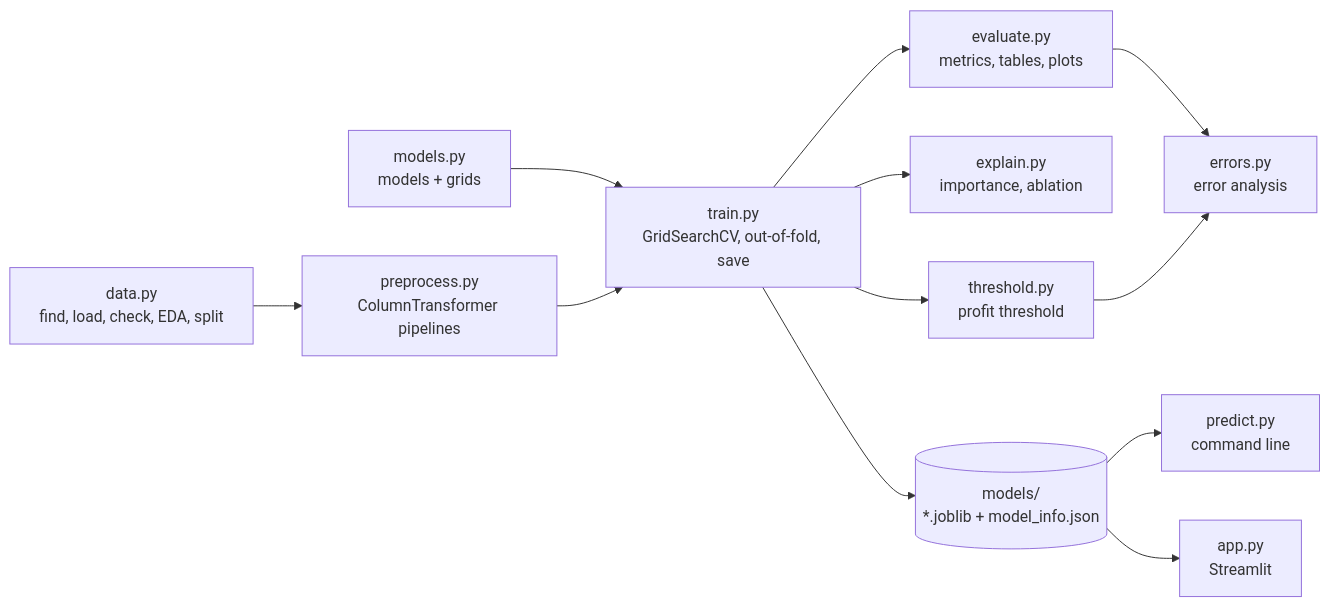
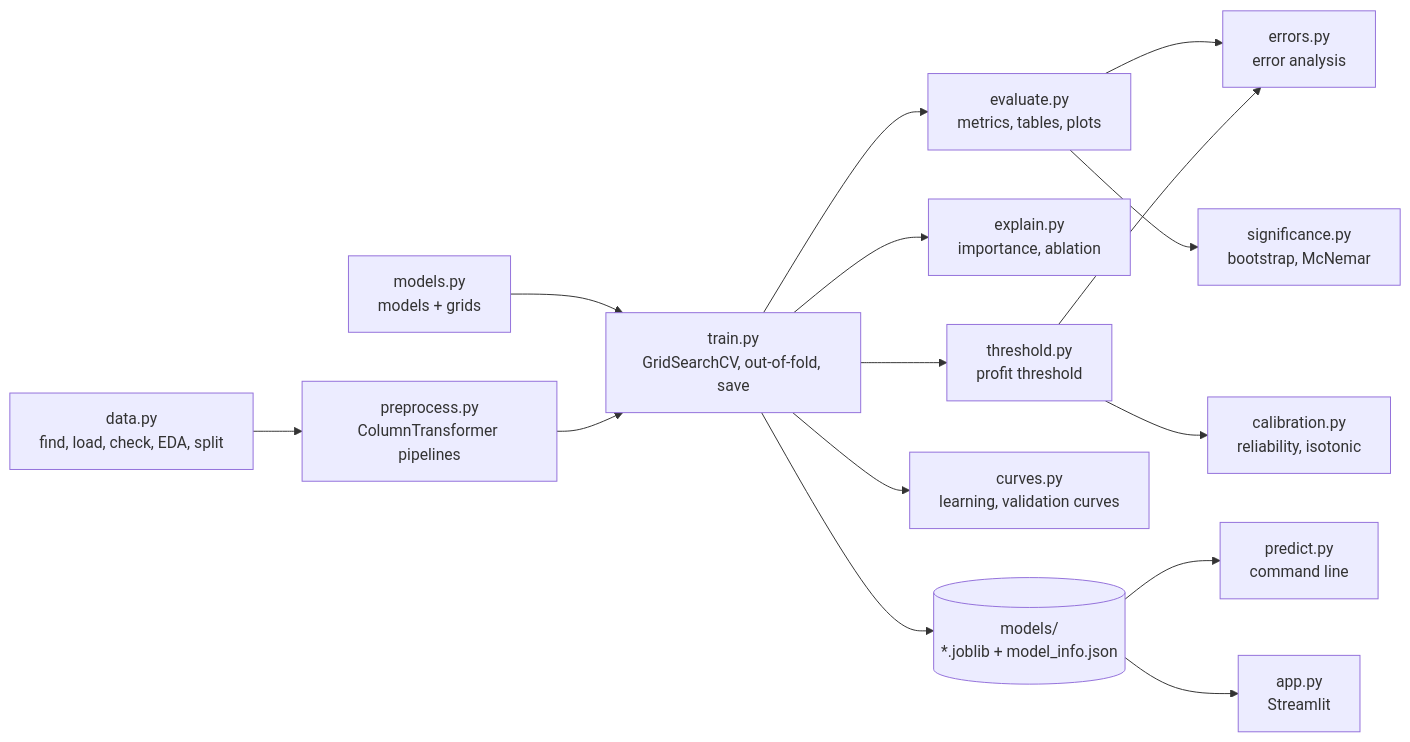
Before and after one commit to pxnz3r/Predator: the diagram in docs/code_guide.md, drawn with Mermaid. The commit also changed other lines of this file and 3 other files, not shown here.

````diff
--- a/docs/code_guide.md
+++ b/docs/code_guide.md
@@ -7,14 +7,17 @@
 ```mermaid
 flowchart LR
   data["data.py<br/>find, load, check, EDA, split"] --> preprocess["preprocess.py<br/>ColumnTransformer pipelines"]
   models["models.py<br/>models + grids"] --> train
   preprocess --> train["train.py<br/>GridSearchCV, out-of-fold, save"]
   train --> evaluate["evaluate.py<br/>metrics, tables, plots"]
   train --> explain["explain.py<br/>importance, ablation"]
   train --> threshold["threshold.py<br/>profit threshold"]
   evaluate --> errors["errors.py<br/>error analysis"]
+  evaluate --> significance["significance.py<br/>bootstrap, McNemar"]
+  train --> curves["curves.py<br/>learning, validation curves"]
+  threshold --> calibration["calibration.py<br/>reliability, isotonic"]
   threshold --> errors
   train --> files[("models/<br/>*.joblib + model_info.json")]
   files --> predict["predict.py<br/>command line"]
   files --> app["app.py<br/>Streamlit"]
 ```
````
